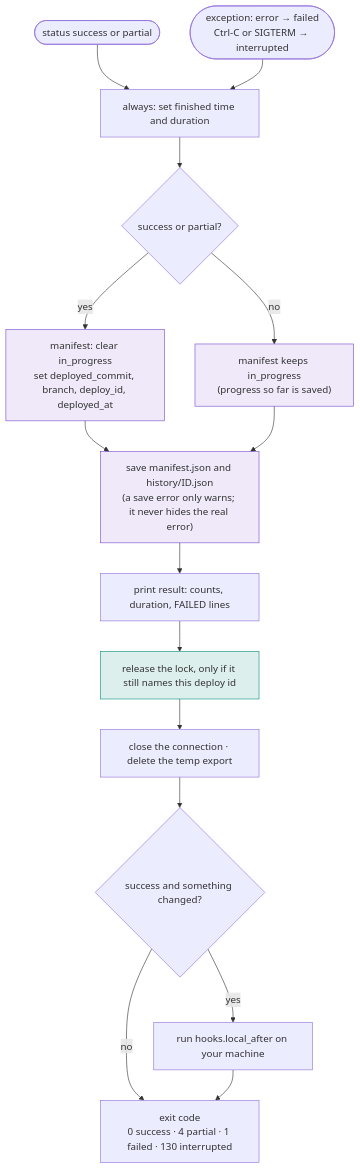
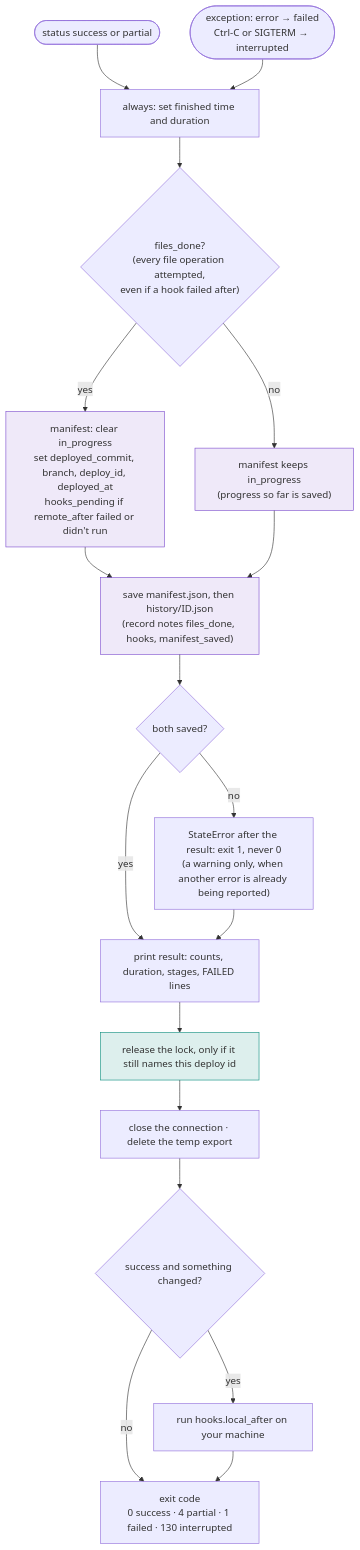
Diagram 11 of 14 in docs/FLOW.md (aayushdhimaann/shipr), drawn with Mermaid before and after one commit. The commit also changed other lines of this file and 20 other files, not shown here.

````diff
--- a/docs/FLOW.md
+++ b/docs/FLOW.md
@@ -421,21 +421,25 @@
 ```mermaid
 flowchart TD
   ok(["status success or partial"]) --> fin
   bad(["exception: error → failed<br/>Ctrl-C or SIGTERM → interrupted"]) --> fin
-  fin["always: set finished time and duration"] --> c{"success or partial?"}
-  c -- yes --> m["manifest: clear in_progress<br/>set deployed_commit, branch, deploy_id, deployed_at"]
+  fin["always: set finished time and duration"] --> c{"files_done?<br/>(every file operation attempted,<br/>even if a hook failed after)"}
+  c -- yes --> m["manifest: clear in_progress<br/>set deployed_commit, branch, deploy_id, deployed_at<br/>hooks_pending if remote_after failed or didn't run"]
   c -- no --> keepip["manifest keeps in_progress<br/>(progress so far is saved)"]
-  m --> sv["save manifest.json and history/ID.json<br/>(a save error only warns; it never hides the real error)"]
+  m --> sv["save manifest.json, then history/ID.json<br/>(record notes files_done, hooks, manifest_saved)"]
   keepip --> sv
-  sv --> res["print result: counts, duration, FAILED lines"]
+  sv --> se{"both saved?"}
+  se -- no --> serr["StateError after the result: exit 1, never 0<br/>(a warning only, when another error is already being reported)"]
+  se -- yes --> res
+  serr --> res
+  res["print result: counts, duration, stages, FAILED lines"]
   res --> rel["release the lock, only if it still names this deploy id"]
   rel --> cls["close the connection · delete the temp export"]
   cls --> la{"success and something changed?"}
   la -- yes --> lah["run hooks.local_after on your machine"]
   la -- no --> code
   lah --> code["exit code<br/>0 success · 4 partial · 1 failed · 130 interrupted"]
   classDef recs fill:#7c4dce1f,stroke:#7c4dce
   classDef srv fill:#0e8f7f24,stroke:#0e8f7f
   class m,keepip,sv recs
   class rel srv
 ```
````
